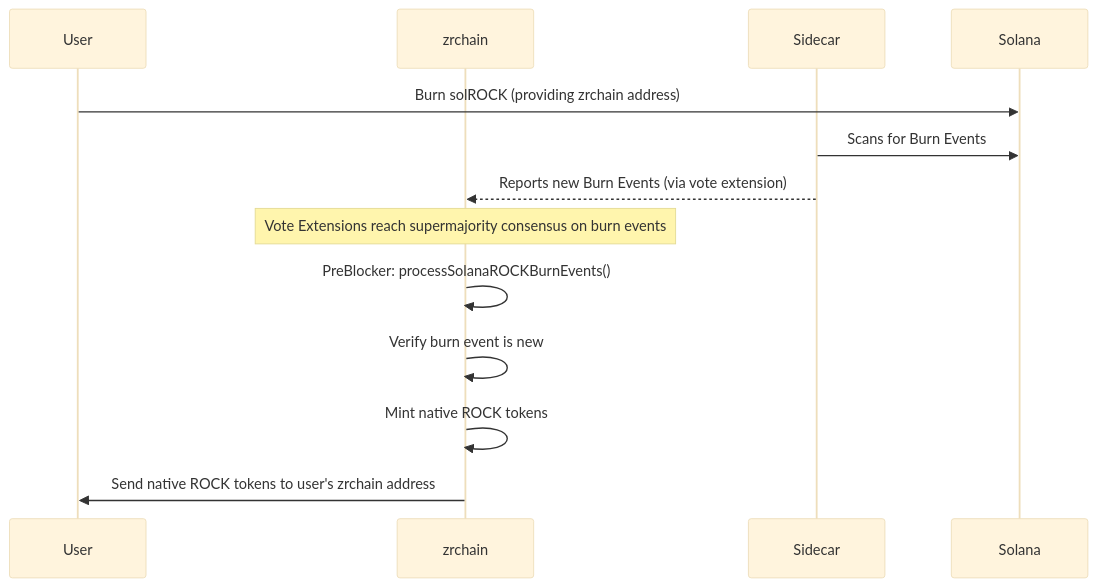
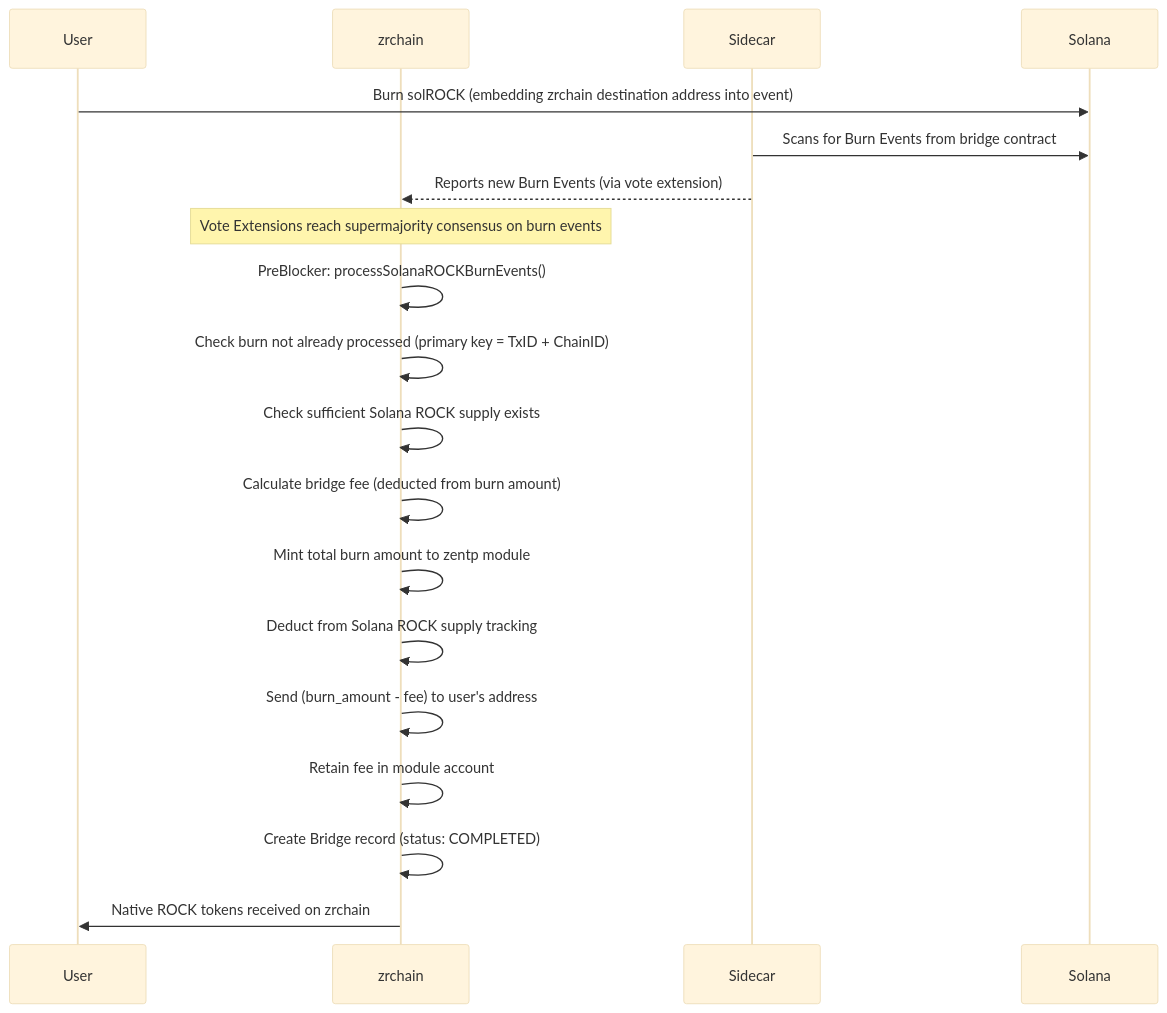
Before and after one commit to zenrocklabs/zrchain: the fourth of 4 diagrams in docs/README.md, drawn with Mermaid (base theme). The commit also changed other lines of this file, not shown here.

````diff
--- a/docs/README.md
+++ b/docs/README.md
@@ -276,17 +288,23 @@
 ```mermaid
 sequenceDiagram
     participant User
     participant zrchain
     participant Sidecar
     participant Solana
 
-    User->>Solana: Burn solROCK (providing zrchain address)
-    Sidecar->>Solana: Scans for Burn Events
+    User->>Solana: Burn solROCK (embedding zrchain destination address into event)
+    Sidecar->>Solana: Scans for Burn Events from bridge contract
     Sidecar-->>zrchain: Reports new Burn Events (via vote extension)
     Note over zrchain: Vote Extensions reach supermajority consensus on burn events
 
     zrchain->>zrchain: PreBlocker: processSolanaROCKBurnEvents()
-    zrchain->>zrchain: Verify burn event is new
-    zrchain->>zrchain: Mint native ROCK tokens
-    zrchain->>User: Send native ROCK tokens to user's zrchain address
+    zrchain->>zrchain: Check burn not already processed (primary key = TxID + ChainID)
+    zrchain->>zrchain: Check sufficient Solana ROCK supply exists
+    zrchain->>zrchain: Calculate bridge fee (deducted from burn amount)
+    zrchain->>zrchain: Mint total burn amount to zentp module
+    zrchain->>zrchain: Deduct from Solana ROCK supply tracking
+    zrchain->>zrchain: Send (burn_amount - fee) to user's address
+    zrchain->>zrchain: Retain fee in module account
+    zrchain->>zrchain: Create Bridge record (status: COMPLETED)
+    zrchain->>User: Native ROCK tokens received on zrchain
 ```
````
